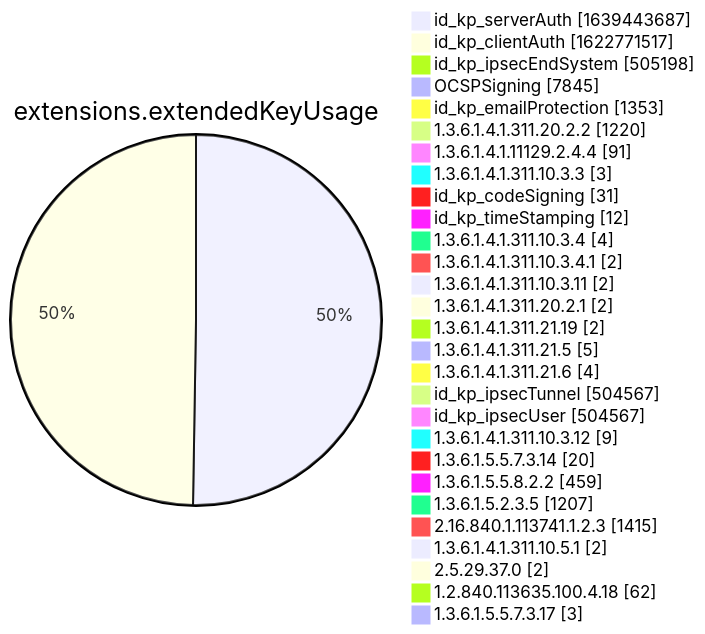
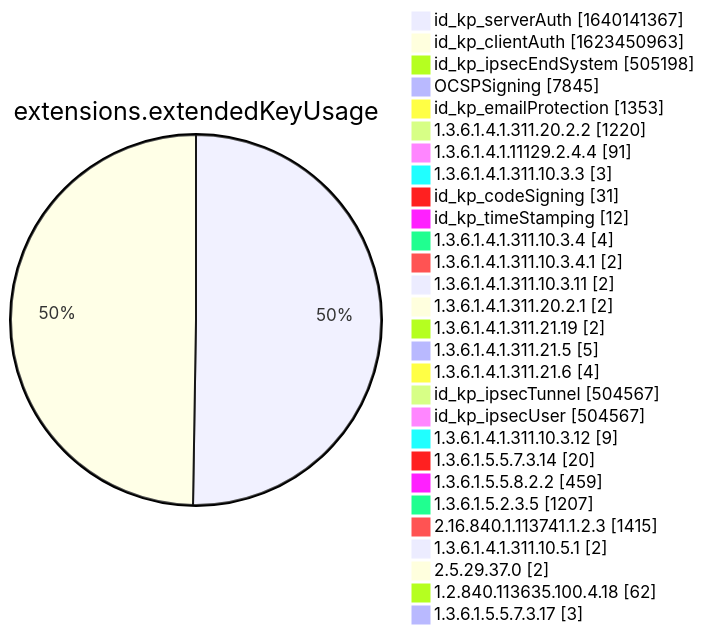
Before and after one commit to christiankrug/ctmonitor_visualization: diagram 12 of 15 in xenon2022/README.md, drawn with Mermaid. The commit also changed other lines of this file, not shown here.

````diff
--- a/xenon2022/README.md
+++ b/xenon2022/README.md
@@ -3886,32 +3886,32 @@
 ```mermaid
 pie showData
 title extensions.extendedKeyUsage
-"id_kp_serverAuth" :1639443687
-"id_kp_clientAuth" :1622771517
+"id_kp_serverAuth" :1640141367
+"id_kp_clientAuth" :1623450963
 "id_kp_ipsecEndSystem" :505198
 "OCSPSigning" :7845
 "id_kp_emailProtection" :1353
 "1.3.6.1.4.1.311.20.2.2" :1220
 "1.3.6.1.4.1.11129.2.4.4" :91
 "1.3.6.1.4.1.311.10.3.3" :3
 "id_kp_codeSigning" :31
 "id_kp_timeStamping" :12
 "1.3.6.1.4.1.311.10.3.4" :4
 "1.3.6.1.4.1.311.10.3.4.1" :2
 "1.3.6.1.4.1.311.10.3.11" :2
 "1.3.6.1.4.1.311.20.2.1" :2
 "1.3.6.1.4.1.311.21.19" :2
 "1.3.6.1.4.1.311.21.5" :5
 "1.3.6.1.4.1.311.21.6" :4
 "id_kp_ipsecTunnel" :504567
 "id_kp_ipsecUser" :504567
 "1.3.6.1.4.1.311.10.3.12" :9
 "1.3.6.1.5.5.7.3.14" :20
 "1.3.6.1.5.5.8.2.2" :459
 "1.3.6.1.5.2.3.5" :1207
 "2.16.840.1.113741.1.2.3" :1415
 "1.3.6.1.4.1.311.10.5.1" :2
 "2.5.29.37.0" :2
 "1.2.840.113635.100.4.18" :62
 "1.3.6.1.5.5.7.3.17" :3
 ```
````
